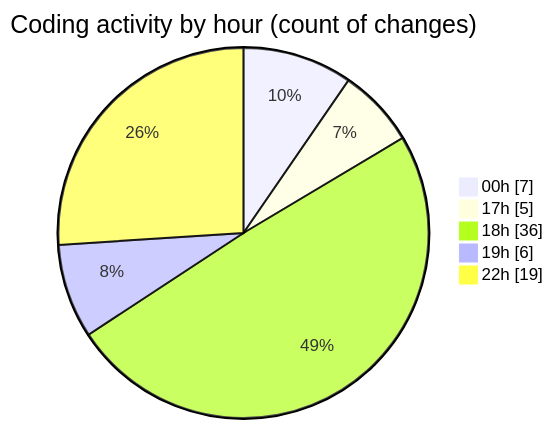
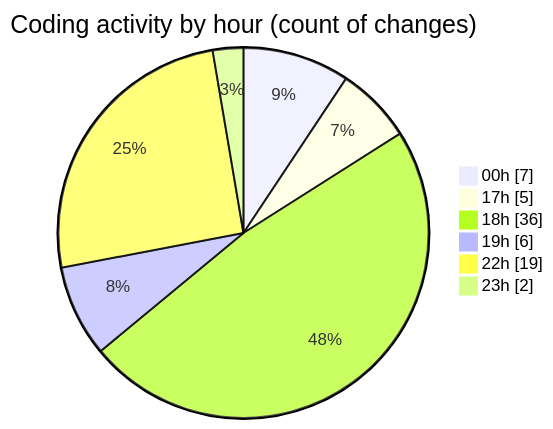
Before and after one commit to Elitesun/code-tracking: the second of 2 diagrams in 2025-05-25/elitesun/README.md, drawn with Mermaid. The commit also changed other lines of this file and 1 other file, not shown here.

````diff
--- a/2025-05-25/elitesun/README.md
+++ b/2025-05-25/elitesun/README.md
@@ -43,9 +43,10 @@
 ```mermaid
 pie showData
 title Coding activity by hour (count of changes)
 "00h" : 7
 "17h" : 5
 "18h" : 36
 "19h" : 6
 "22h" : 19
+"23h" : 2
 ```
````
